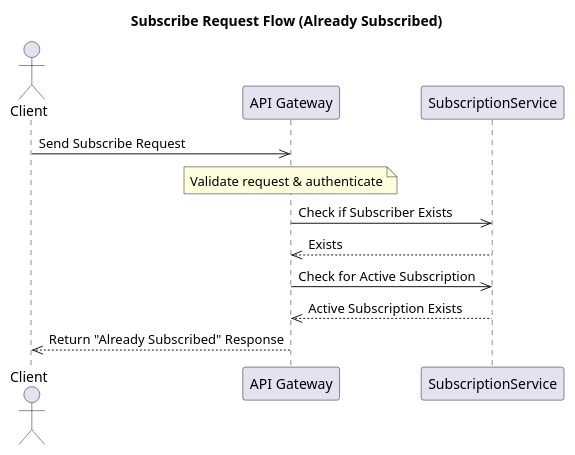
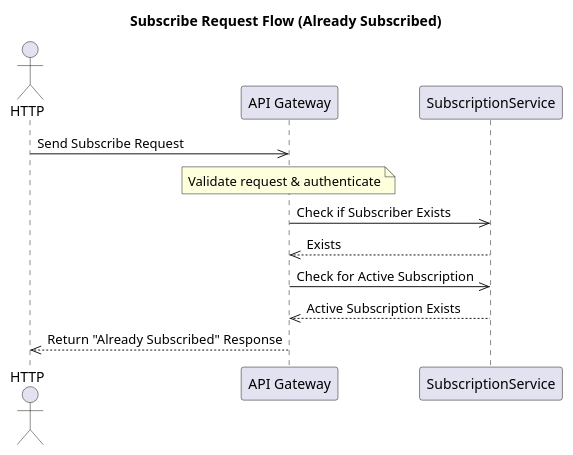
The third of 6 diagrams in sequence_diagram.md (diasjakupov/golang_subscription_micro), drawn with PlantUML before and after one commit. The commit also changed other lines of this file and 23 other files, not shown here.

```diff
--- a/sequence_diagram.md
+++ b/sequence_diagram.md
@@ -75,19 +75,19 @@
 @startuml
 title Subscribe Request Flow (Already Subscribed)
 
-actor Client
+actor HTTP
 participant API as "API Gateway"
 participant Subscription as "SubscriptionService"
 
-Client->>API: Send Subscribe Request
+HTTP->>API: Send Subscribe Request
 note over API: Validate request & authenticate
 
 API->>Subscription: Check if Subscriber Exists
 Subscription-->>API: Exists
 
 API->>Subscription: Check for Active Subscription
 Subscription-->>API: Active Subscription Exists
 
-API-->>Client: Return "Already Subscribed" Response
+API-->>HTTP: Return "Already Subscribed" Response
 
 @enduml
```
